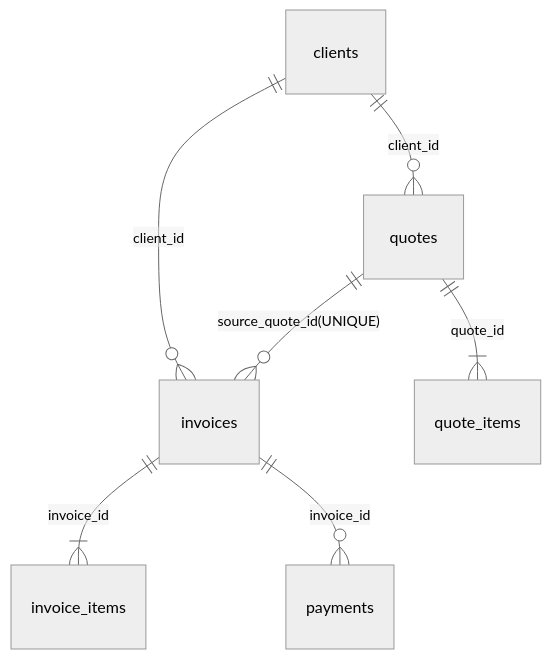
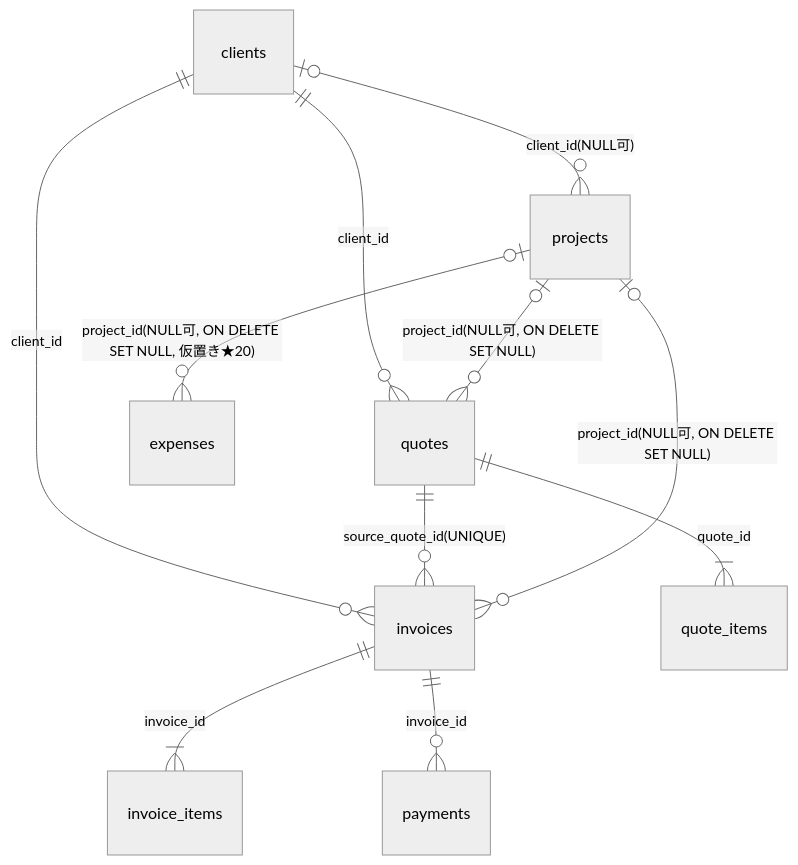
One commit to eiai00000001-cell/back-office changed the tenth of 10 diagrams in docs/02_architect/詳細設計書.md. Above: the diagram before and after it, drawn with Mermaid (neutral theme). The commit also changed other lines of this file and 22 other files, not shown here.

````diff
--- a/docs/02_architect/詳細設計書.md
+++ b/docs/02_architect/詳細設計書.md
@@ -685,9 +1352,13 @@
 ```mermaid
 erDiagram
     clients ||--o{ invoices : client_id
     clients ||--o{ quotes : client_id
     quotes ||--o{ invoices : "source_quote_id(UNIQUE)"
     invoices ||--|{ invoice_items : invoice_id
     quotes ||--|{ quote_items : quote_id
     invoices ||--o{ payments : invoice_id
+    clients |o--o{ projects : "client_id(NULL可)"
+    projects |o--o{ invoices : "project_id(NULL可, ON DELETE SET NULL)"
+    projects |o--o{ quotes : "project_id(NULL可, ON DELETE SET NULL)"
+    projects |o--o{ expenses : "project_id(NULL可, ON DELETE SET NULL, 仮置き★20)"
 ```
````
